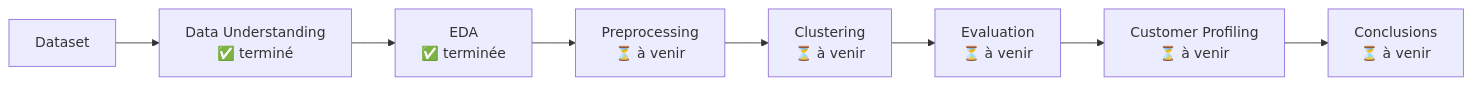
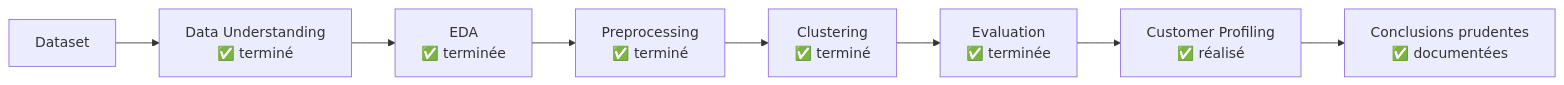
The diagram in README.md (saadshr/ml2-customer-segmentation), drawn with Mermaid before and after one commit. The commit also changed other lines of this file, not shown here.

Commit message:
docs: update README with final clustering results

```diff
--- a/README.md
+++ b/README.md
@@ -127,10 +161,10 @@
 ~~~mermaid
 flowchart LR
     A[Dataset] --> B[Data Understanding<br/>✅ terminé]
     B --> C[EDA<br/>✅ terminée]
-    C --> D[Preprocessing<br/>⏳ à venir]
-    D --> E[Clustering<br/>⏳ à venir]
-    E --> F[Evaluation<br/>⏳ à venir]
-    F --> G[Customer Profiling<br/>⏳ à venir]
-    G --> H[Conclusions<br/>⏳ à venir]
+    C --> D[Preprocessing<br/>✅ terminé]
+    D --> E[Clustering<br/>✅ terminé]
+    E --> F[Evaluation<br/>✅ terminée]
+    F --> G[Customer Profiling<br/>✅ réalisé]
+    G --> H[Conclusions prudentes<br/>✅ documentées]
 ~~~
```
